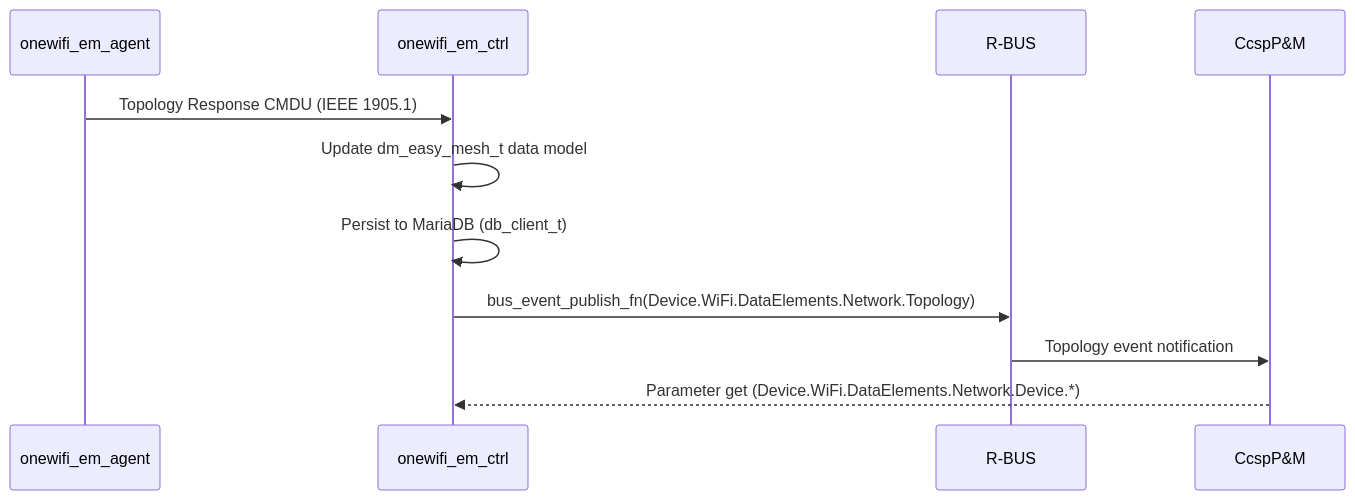
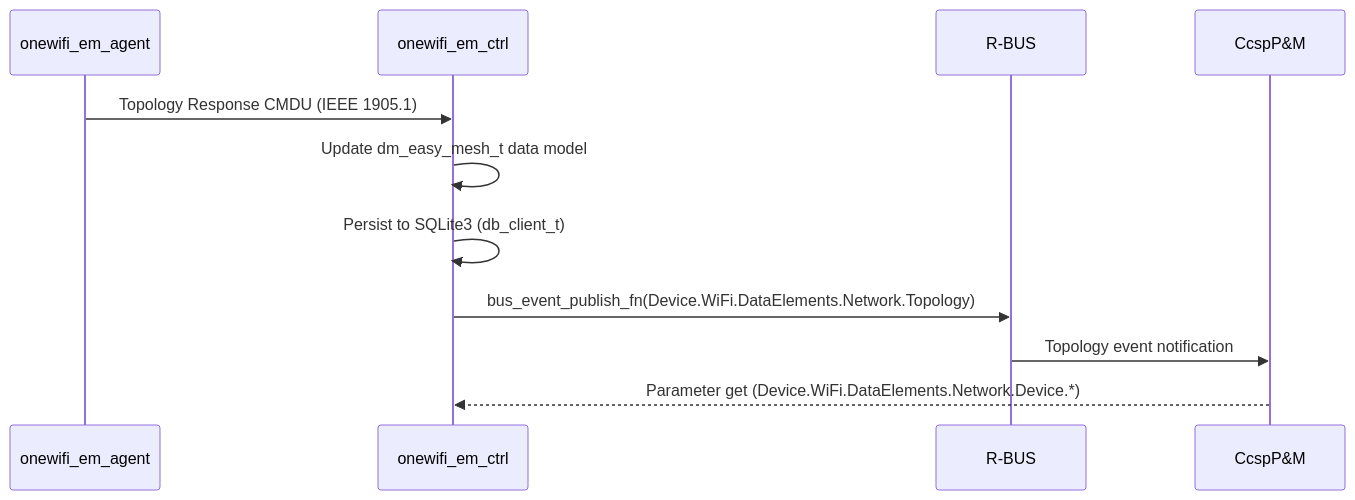
Before and after one commit to rdkcentral/unified-wifi-mesh: diagram 16 of 17 in docs/README.md, drawn with Mermaid. The commit also changed other lines of this file, not shown here.

````diff
--- a/docs/README.md
+++ b/docs/README.md
@@ -733,14 +732,14 @@
 ```mermaid
 sequenceDiagram
     participant Agent as onewifi_em_agent
     participant Ctrl as onewifi_em_ctrl
     participant RBus as R-BUS
     participant PandM as CcspP&M
 
     Agent->>Ctrl: Topology Response CMDU (IEEE 1905.1)
     Ctrl->>Ctrl: Update dm_easy_mesh_t data model
-    Ctrl->>Ctrl: Persist to MariaDB (db_client_t)
+    Ctrl->>Ctrl: Persist to SQLite3 (db_client_t)
     Ctrl->>RBus: bus_event_publish_fn(Device.WiFi.DataElements.Network.Topology)
     RBus->>PandM: Topology event notification
     PandM-->>Ctrl: Parameter get (Device.WiFi.DataElements.Network.Device.*)
 ```
````
